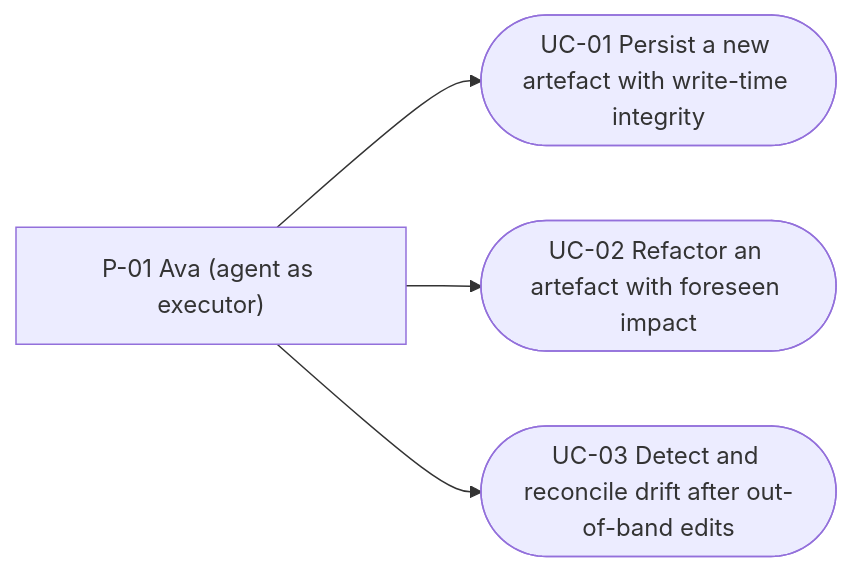
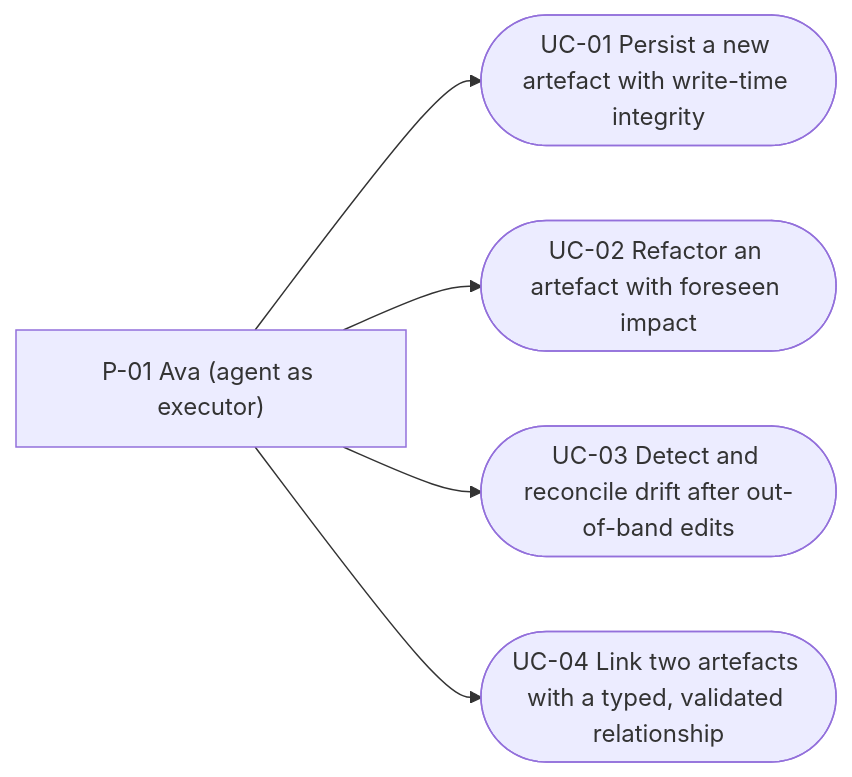
One commit to VictorHueni/clew changed the diagram in docs/product-specs/use-cases/index.md. Above: the diagram before and after it, drawn with Mermaid. The commit also changed other lines of this file and 2 other files, not shown here.

First line of the commit message:
docs(use-cases): UC-04 link two artefacts with a typed, validated relationship

````diff
--- a/docs/product-specs/use-cases/index.md
+++ b/docs/product-specs/use-cases/index.md
@@ -41,10 +47,12 @@
 ```mermaid
 flowchart LR
   ava["P-01 Ava (agent as executor)"]
   uc1(["UC-01 Persist a new artefact with write-time integrity"])
   uc2(["UC-02 Refactor an artefact with foreseen impact"])
   uc3(["UC-03 Detect and reconcile drift after out-of-band edits"])
+  uc4(["UC-04 Link two artefacts with a typed, validated relationship"])
   ava --> uc1
   ava --> uc2
   ava --> uc3
+  ava --> uc4
 ```
````
